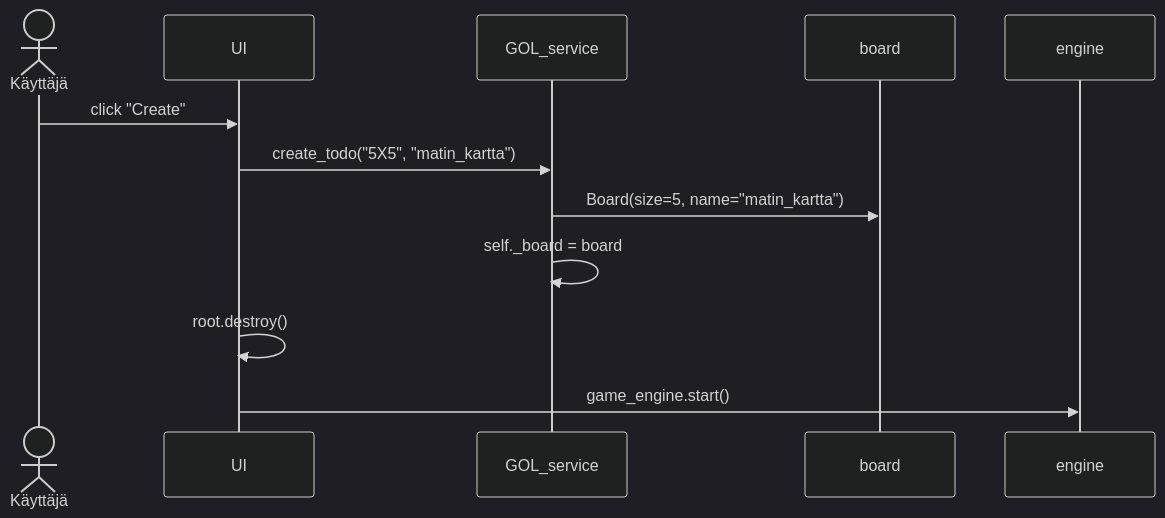
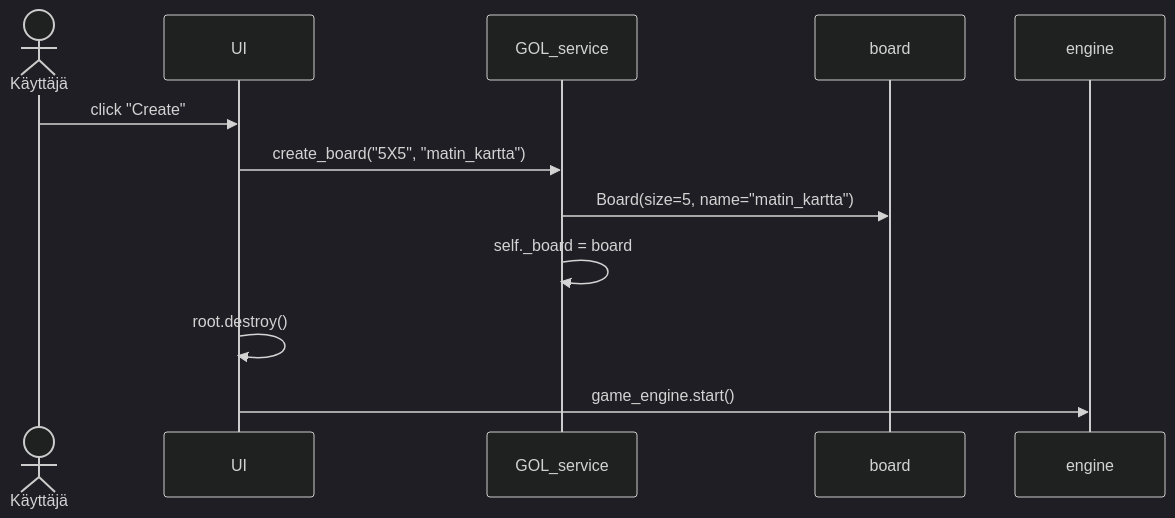
Before and after one commit to levitesuo/OhTe: the fifth of 8 diagrams in projekti/Documentation/arkkitehtuuri.md, drawn with Mermaid (dark theme). The commit also changed other lines of this file, not shown here.

````diff
--- a/projekti/Documentation/arkkitehtuuri.md
+++ b/projekti/Documentation/arkkitehtuuri.md
@@ -121,14 +126,14 @@
 ```mermaid
 sequenceDiagram
   actor Käyttäjä
   participant UI
   participant GOL_service
   participant board
   participant engine
   Käyttäjä->>UI: click "Create"
-  UI->>GOL_service: create_todo("5X5", "matin_kartta")
+  UI->>GOL_service: create_board("5X5", "matin_kartta")
   GOL_service->>board: Board(size=5, name="matin_kartta")
   GOL_service->>GOL_service: self._board = board
   UI->>UI: root.destroy()
   UI->>engine: game_engine.start()
 ```
````
